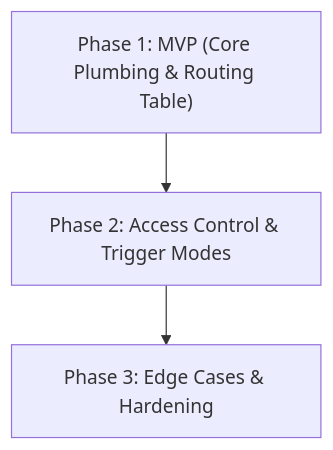
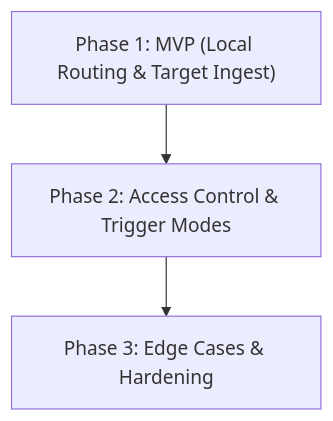
Before and after one commit to gg582/airi: the diagram in docs/design-discord-context-routing.md, drawn with Mermaid. The commit also changed other lines of this file and 4 other files, not shown here.

````diff
--- a/docs/design-discord-context-routing.md
+++ b/docs/design-discord-context-routing.md
@@ -83,5 +83,5 @@
 ```mermaid
 graph TD
-    P1["Phase 1: MVP (Core Plumbing & Routing Table)"] --> P2["Phase 2: Access Control & Trigger Modes"]
+    P1["Phase 1: MVP (Local Routing & Target Ingest)"] --> P2["Phase 2: Access Control & Trigger Modes"]
     P2 --> P3["Phase 3: Edge Cases & Hardening"]
 ```
````
